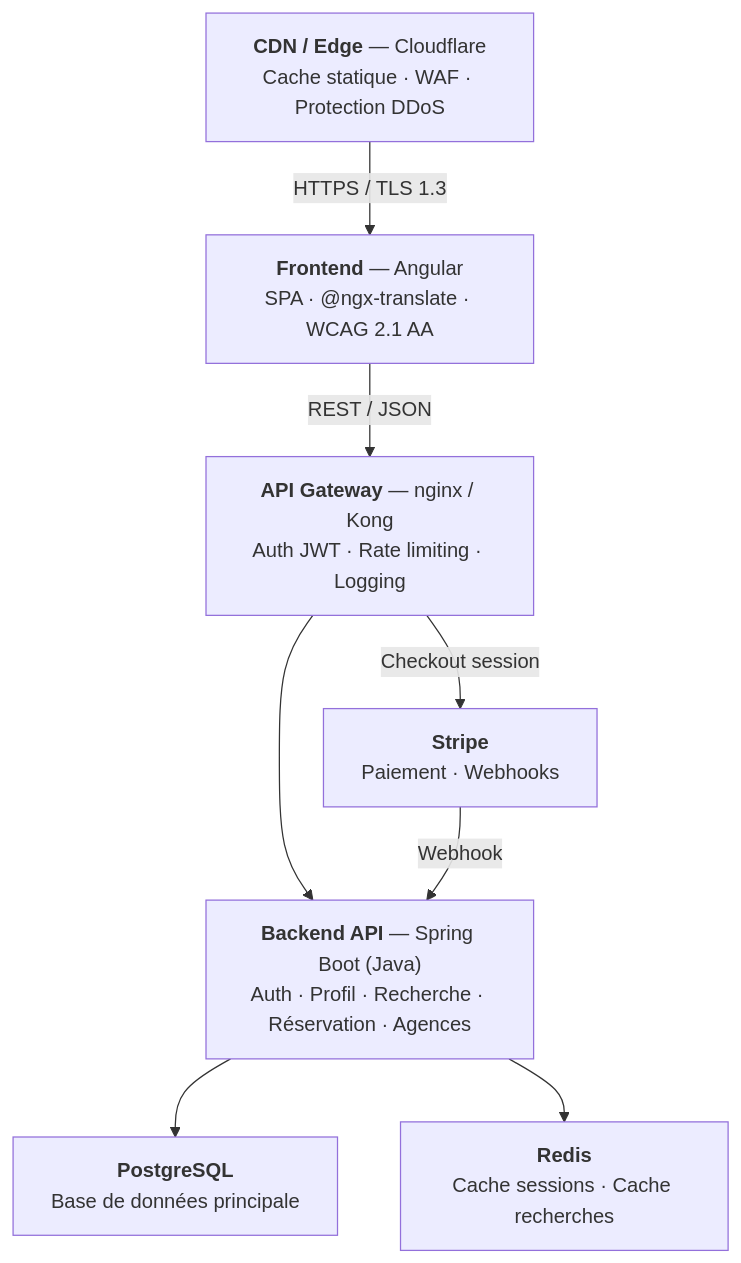
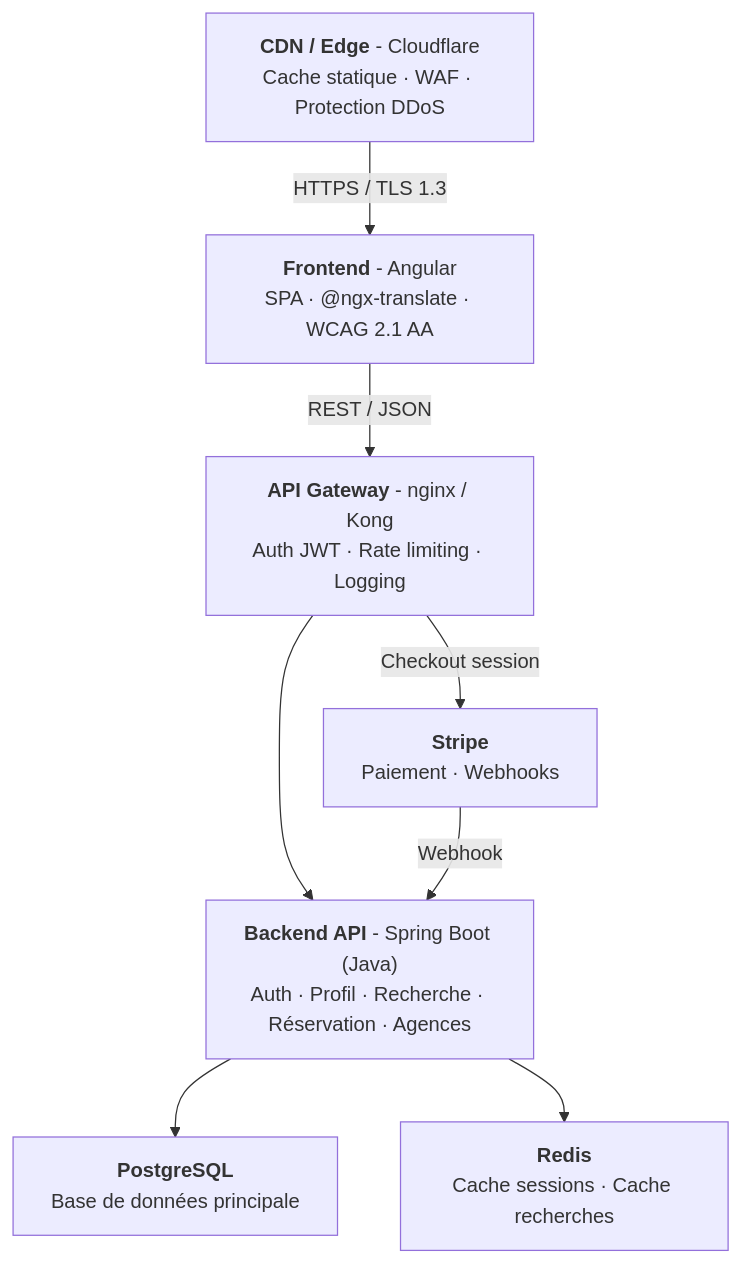
Before and after one commit to anthony-openclassroom/p10-yourcaryourway: the first of 10 diagrams in docs/architecture.md, drawn with Mermaid. The commit also changed other lines of this file and 10 other files, not shown here.

````diff
--- a/docs/architecture.md
+++ b/docs/architecture.md
@@ -114,18 +114,18 @@
 ```mermaid
 flowchart TD
-    CDN["<b>CDN / Edge</b> — Cloudflare\nCache statique · WAF · Protection DDoS"]
-    FE["<b>Frontend</b> — Angular\nSPA · @ngx-translate · WCAG 2.1 AA"]
-    GW["<b>API Gateway</b> — nginx / Kong\nAuth JWT · Rate limiting · Logging"]
-    BE["<b>Backend API</b> — Spring Boot (Java)\nAuth · Profil · Recherche · Réservation · Agences"]
+    CDN["<b>CDN / Edge</b> - Cloudflare\nCache statique · WAF · Protection DDoS"]
+    FE["<b>Frontend</b> - Angular\nSPA · @ngx-translate · WCAG 2.1 AA"]
+    GW["<b>API Gateway</b> - nginx / Kong\nAuth JWT · Rate limiting · Logging"]
+    BE["<b>Backend API</b> - Spring Boot (Java)\nAuth · Profil · Recherche · Réservation · Agences"]
     STRIPE["<b>Stripe</b>\nPaiement · Webhooks"]
     DB["<b>PostgreSQL</b>\nBase de données principale"]
     REDIS["<b>Redis</b>\nCache sessions · Cache recherches"]
 
     CDN -->|"HTTPS / TLS 1.3"| FE
     FE -->|"REST / JSON"| GW
     GW --> BE
     GW -->|"Checkout session"| STRIPE
     STRIPE -->|"Webhook"| BE
     BE --> DB
     BE --> REDIS
 ```
````
